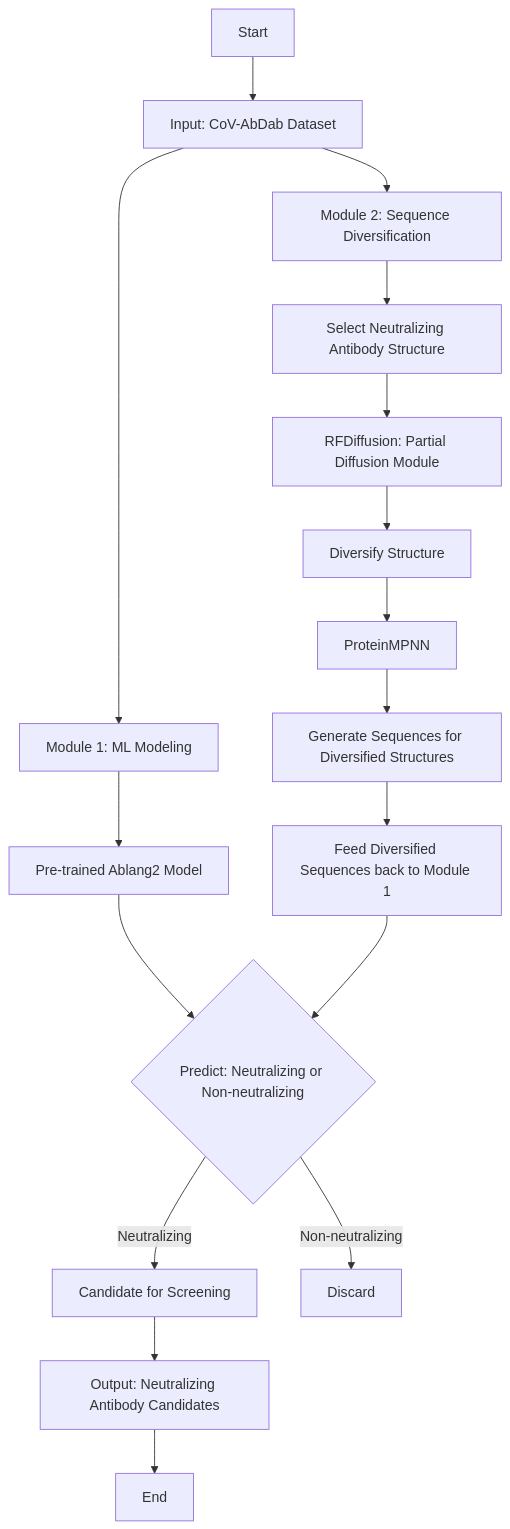
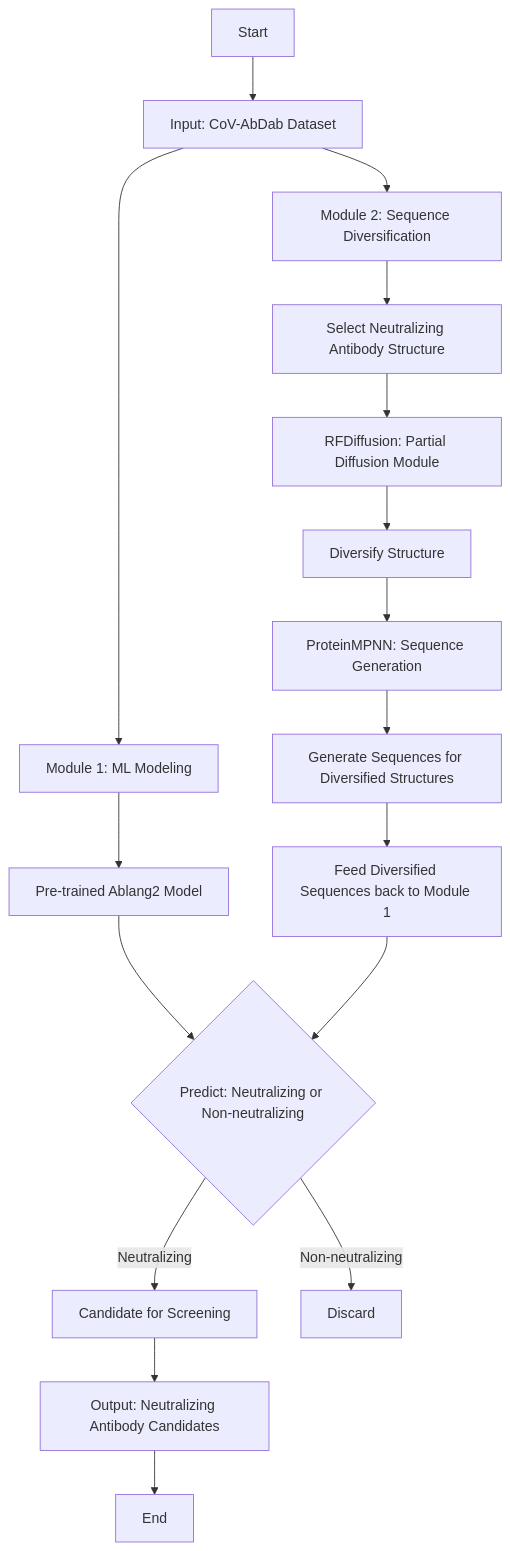
Before and after one commit to AntibodyEngineers/2024-Antibodies-and-AI: the first of 2 diagrams in README.md, drawn with Mermaid.

Commit message:
Update README.md
minor workflow chart changes

````diff
--- a/README.md
+++ b/README.md
@@ -11,23 +11,23 @@
 ```mermaid
 graph TD
     A[Start] --> B[Input: CoV-AbDab Dataset]
     B --> C[Module 1: ML Modeling]
     C --> D[Pre-trained Ablang2 Model]
     D --> E{Predict: Neutralizing or Non-neutralizing}
     
     B --> F[Module 2: Sequence Diversification]
     F --> G[Select Neutralizing Antibody Structure]
     G --> H[RFDiffusion: Partial Diffusion Module]
     H --> I[Diversify Structure]
-    I --> J[ProteinMPNN]
+    I --> J[ProteinMPNN: Sequence Generation]
     J --> K[Generate Sequences for Diversified Structures]
     
     K --> L[Feed Diversified Sequences back to Module 1]
     L --> E
     
     E -->|Neutralizing| M[Candidate for Screening]
     E -->|Non-neutralizing| N[Discard]
     
     M --> O[Output: Neutralizing Antibody Candidates]
     O --> P[End]
 ```
````
